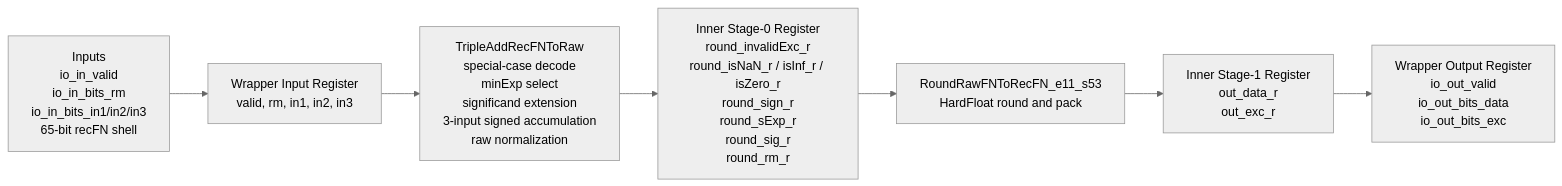
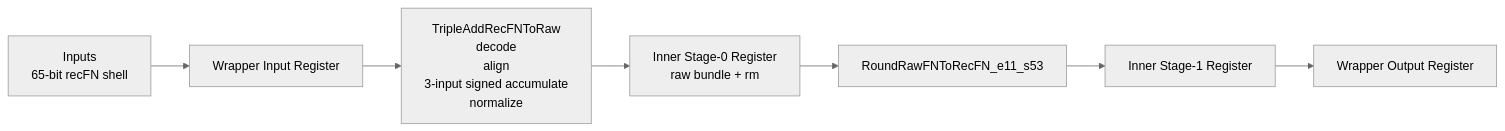
One commit to kvsaiakhil/triple_fp_units changed the first of 6 diagrams in README.md. Above: the diagram before and after it, drawn with Mermaid (neutral theme). The commit also changed other lines of this file and 23 other files, not shown here.

Commit message:
Add triple multiply-add units and verification flow

````diff
--- a/README.md
+++ b/README.md
@@ -73,9 +81,9 @@
 ```mermaid
 flowchart LR
-  A["Inputs<br/>io_in_valid<br/>io_in_bits_rm<br/>io_in_bits_in1/in2/in3<br/>65-bit recFN shell"] --> B["Wrapper Input Register<br/>valid, rm, in1, in2, in3"]
-  B --> C["TripleAddRecFNToRaw<br/>special-case decode<br/>minExp select<br/>significand extension<br/>3-input signed accumulation<br/>raw normalization"]
-  C --> D["Inner Stage-0 Register<br/>round_invalidExc_r<br/>round_isNaN_r / isInf_r / isZero_r<br/>round_sign_r<br/>round_sExp_r<br/>round_sig_r<br/>round_rm_r"]
-  D --> E["RoundRawFNToRecFN_e11_s53<br/>HardFloat round and pack"]
-  E --> F["Inner Stage-1 Register<br/>out_data_r<br/>out_exc_r"]
-  F --> G["Wrapper Output Register<br/>io_out_valid<br/>io_out_bits_data<br/>io_out_bits_exc"]
+  A["Inputs<br/>65-bit recFN shell"] --> B["Wrapper Input Register"]
+  B --> C["TripleAddRecFNToRaw<br/>decode<br/>align<br/>3-input signed accumulate<br/>normalize"]
+  C --> D["Inner Stage-0 Register<br/>raw bundle + rm"]
+  D --> E["RoundRawFNToRecFN_e11_s53"]
+  E --> F["Inner Stage-1 Register"]
+  F --> G["Wrapper Output Register"]
 ```
````
